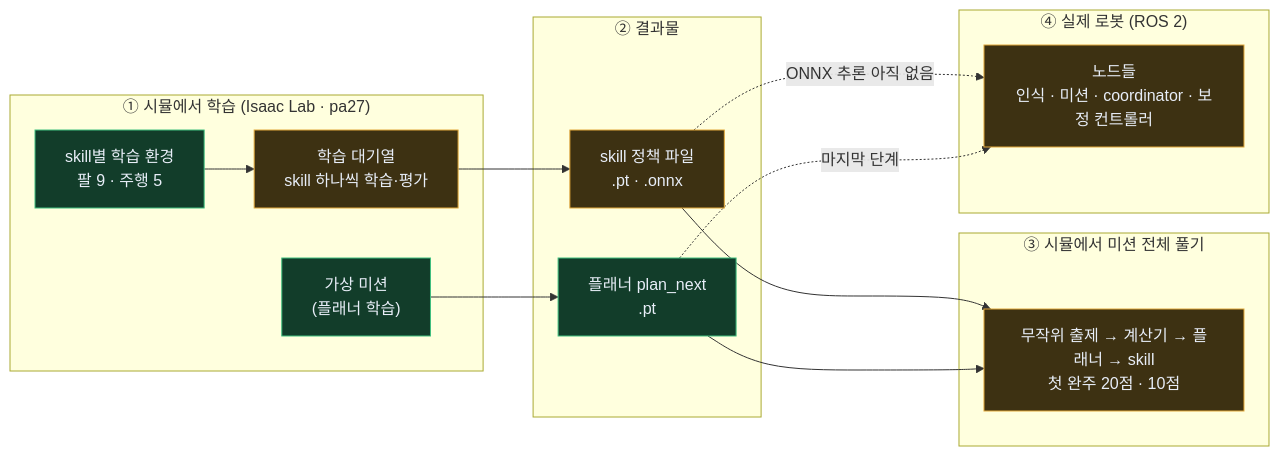
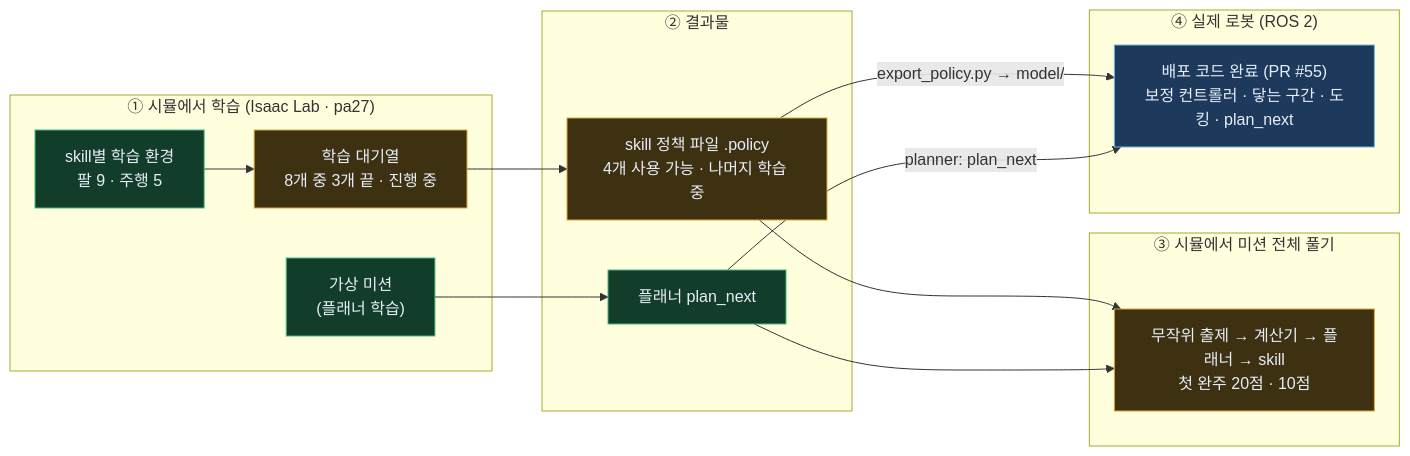
One commit to JuneKunst/JuneKunst.github.io changed the first of 9 diagrams in bee/system-map.md. Above: the diagram before and after it, drawn with Mermaid. The commit also changed other lines of this file and 1 other file, not shown here.

````diff
--- a/bee/system-map.md
+++ b/bee/system-map.md
@@ -10,27 +11,28 @@
 ```mermaid
 flowchart LR
   subgraph g1_SIM["① 시뮬에서 학습 (Isaac Lab · pa27)"]
-    g1_E["skill별 학습 환경<br/>팔 9 · 주행 5"]:::ok --> g1_Q["학습 대기열<br/>skill 하나씩 학습·평가"]:::wip
+    g1_E["skill별 학습 환경<br/>팔 9 · 주행 5"]:::ok --> g1_Q["학습 대기열<br/>8개 중 3개 끝 · 진행 중"]:::wip
     g1_MS["가상 미션<br/>(플래너 학습)"]:::ok
   end
   subgraph g1_OUT["② 결과물"]
-    g1_P["skill 정책 파일<br/>.pt · .onnx"]:::wip
-    g1_PN["플래너 plan_next<br/>.pt"]:::ok
+    g1_P["skill 정책 파일 .policy<br/>4개 사용 가능 · 나머지 학습 중"]:::wip
+    g1_PN["플래너 plan_next"]:::ok
   end
   subgraph g1_CHECK["③ 시뮬에서 미션 전체 풀기"]
     g1_MR["무작위 출제 → 계산기 → 플래너 → skill<br/>첫 완주 20점 · 10점"]:::wip
   end
   subgraph g1_ROBOT["④ 실제 로봇 (ROS 2)"]
-    g1_R["노드들<br/>인식 · 미션 · coordinator · 보정 컨트롤러"]:::wip
+    g1_R["배포 코드 완료 (PR #55)<br/>보정 컨트롤러 · 닿는 구간 · 도킹 · plan_next"]:::code
   end
   g1_Q --> g1_P
   g1_MS --> g1_PN
   g1_P --> g1_MR
   g1_PN --> g1_MR
-  g1_P -.->|"ONNX 추론 아직 없음"| g1_R
-  g1_PN -.->|"마지막 단계"| g1_R
+  g1_P -->|"export_policy.py → model/"| g1_R
+  g1_PN -->|"planner: plan_next"| g1_R
   classDef ok fill:#123d2a,stroke:#3fbf7f,color:#e8eef8
+  classDef code fill:#1d3a5c,stroke:#67b7e8,color:#e8eef8
   classDef wip fill:#3d3112,stroke:#e2a83a,color:#e8eef8
   classDef no fill:#3d1616,stroke:#e06666,color:#e8eef8
   classDef keep fill:#1c2635,stroke:#8aa0b8,color:#e8eef8
 ```
````
